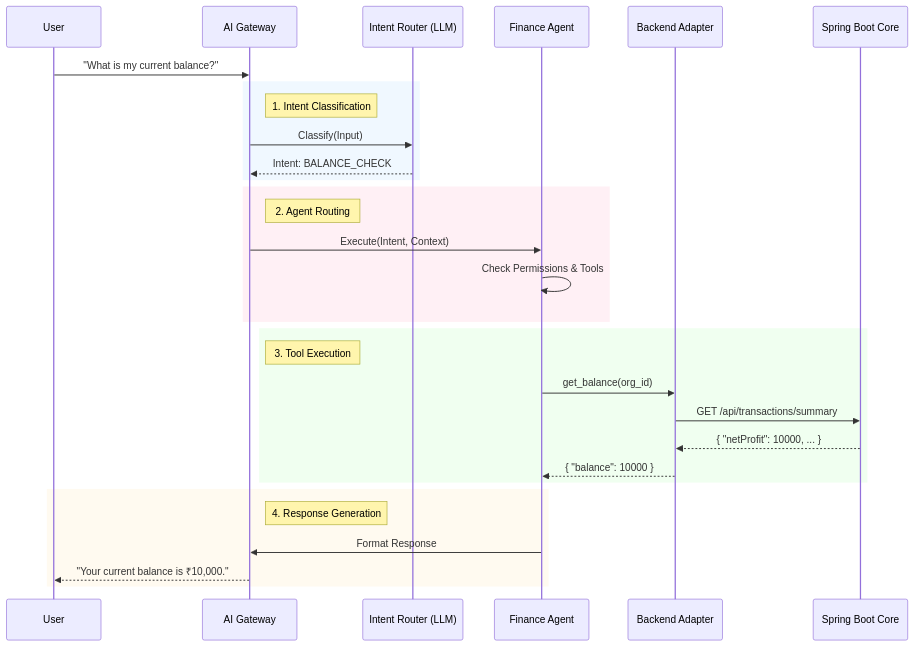
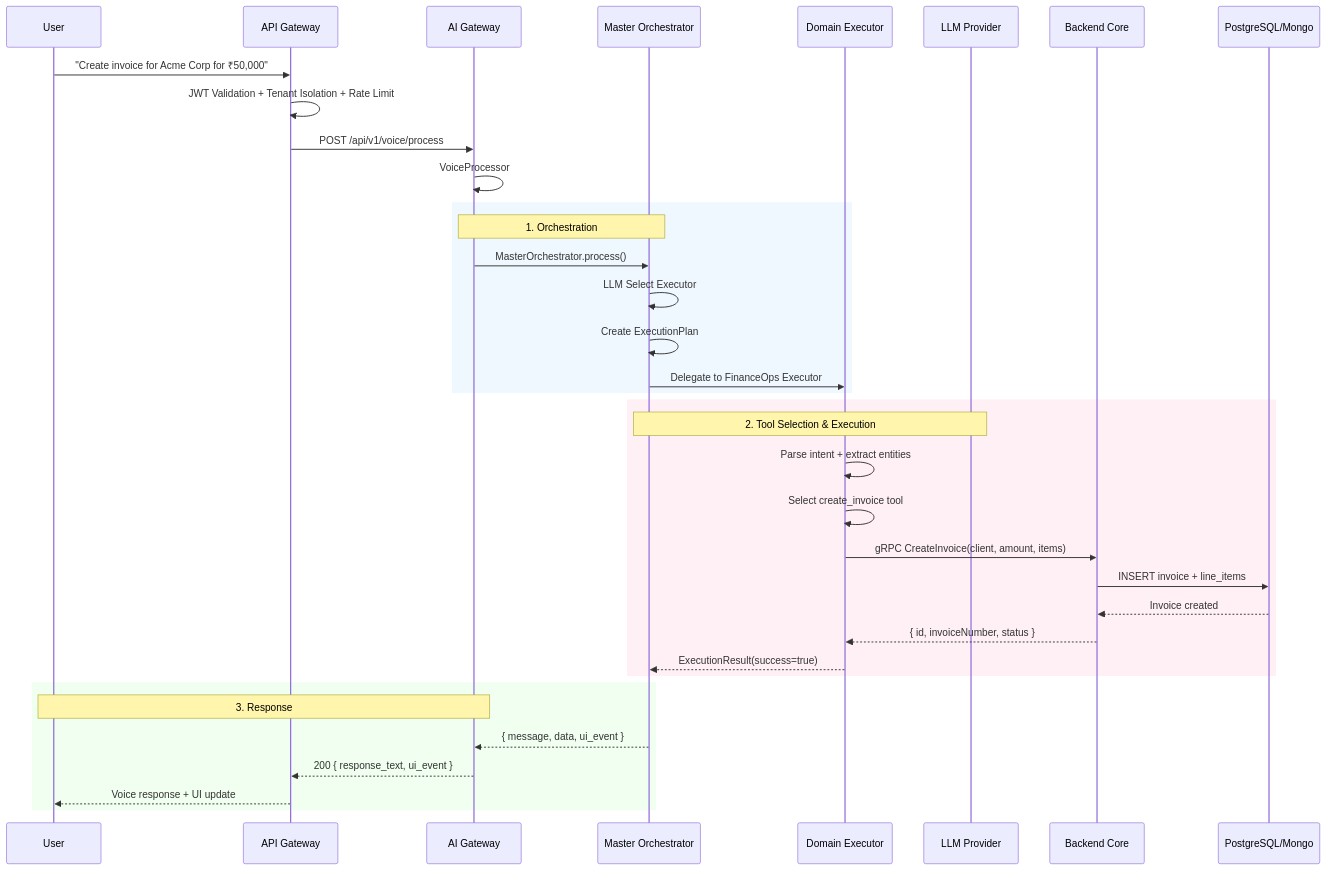
The second of 3 diagrams in docs/architecture.md (DarshK25/MoneyOps), drawn with Mermaid before and after one commit. The commit also changed other lines of this file and 1 other file, not shown here.

First line of the commit message:
docs: refactor architectural specifications to match implemented codebase state

````diff
--- a/docs/architecture.md
+++ b/docs/architecture.md
@@ -86,37 +137,43 @@
 ```mermaid
 sequenceDiagram
     participant User
-    participant Gateway as AI Gateway
-    participant Router as Intent Router (LLM)
-    participant Agent as Finance Agent
-    participant Adapter as Backend Adapter
-    participant Backend as Spring Boot Core
+    participant GW as API Gateway
+    participant AIG as AI Gateway
+    participant CEO as Master Orchestrator
+    participant Exec as Domain Executor
+    participant LLM as LLM Provider
+    participant BE as Backend Core
+    participant DB as PostgreSQL/Mongo
 
-    User->>Gateway: "What is my current balance?"
+    User->>GW: "Create invoice for Acme Corp for ₹50,000"
+    GW->>GW: JWT Validation + Tenant Isolation + Rate Limit
+    
+    GW->>AIG: POST /api/v1/voice/process
+    AIG->>AIG: VoiceProcessor
     
     rect rgb(240, 248, 255)
-        note right of Gateway: 1. Intent Classification
-        Gateway->>Router: Classify(Input)
-        Router-->>Gateway: Intent: BALANCE_CHECK
+        note over AIG,CEO: 1. Orchestration
+        AIG->>CEO: MasterOrchestrator.process()
+        CEO->>CEO: LLM Select Executor
+        CEO->>CEO: Create ExecutionPlan
+        CEO->>Exec: Delegate to FinanceOps Executor
     end
     
     rect rgb(255, 240, 245)
-        note right of Gateway: 2. Agent Routing
-        Gateway->>Agent: Execute(Intent, Context)
-        Agent->>Agent: Check Permissions & Tools
+        note over CEO,LLM: 2. Tool Selection & Execution
+        Exec->>Exec: Parse intent + extract entities
+        Exec->>Exec: Select create_invoice tool
+        Exec->>BE: gRPC CreateInvoice(client, amount, items)
+        BE->>DB: INSERT invoice + line_items
+        DB-->>BE: Invoice created
+        BE-->>Exec: { id, invoiceNumber, status }
+        Exec-->>CEO: ExecutionResult(success=true)
     end
     
     rect rgb(240, 255, 240)
-        note right of Gateway: 3. Tool Execution
-        Agent->>Adapter: get_balance(org_id)
-        Adapter->>Backend: GET /api/transactions/summary
-        Backend-->>Adapter: { "netProfit": 10000, ... }
-        Adapter-->>Agent: { "balance": 10000 }
-    end
-    
-    rect rgb(255, 250, 240)
-        note right of Gateway: 4. Response Generation
-        Agent->>Gateway: Format Response
-        Gateway-->>User: "Your current balance is ₹10,000."
+        note over AIG,User: 3. Response
+        CEO-->>AIG: { message, data, ui_event }
+        AIG-->>GW: 200 { response_text, ui_event }
+        GW-->>User: Voice response + UI update
     end
 ```
````
